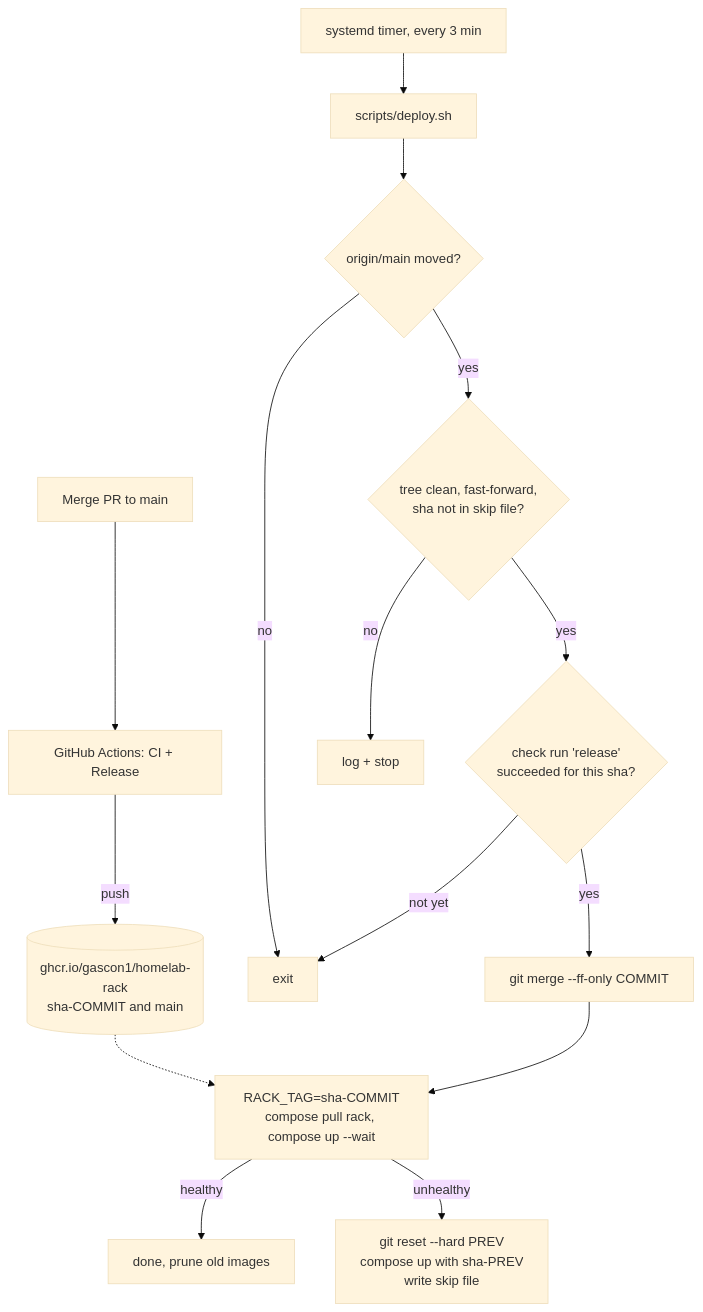
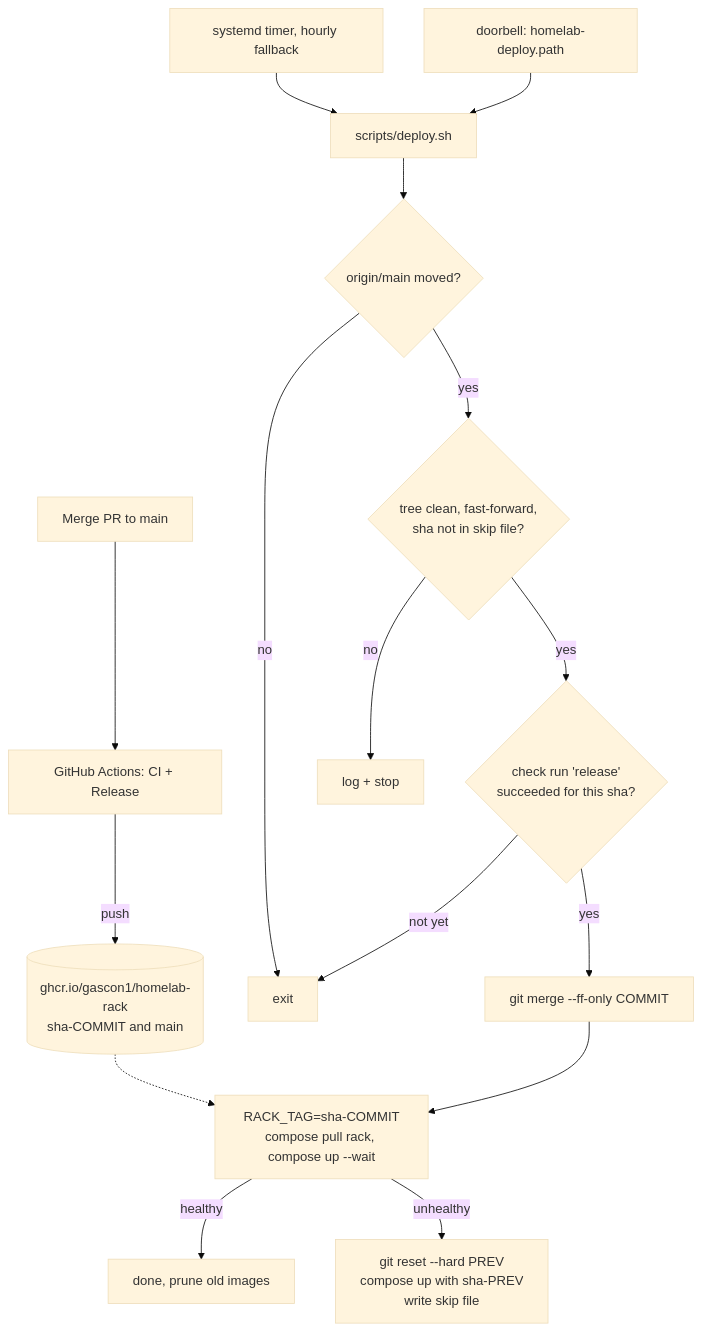
The first of 2 diagrams in docs/deploy.md (Gascon1/homelab), drawn with Mermaid (base theme) before and after one commit. The commit also changed other lines of this file and 17 other files, not shown here.

First line of the commit message:
feat(deploy): push trigger ("doorbell") with hourly fallback

````diff
--- a/docs/deploy.md
+++ b/docs/deploy.md
@@ -9,17 +11,18 @@
 ```mermaid
 flowchart TD
     PR[Merge PR to main] --> CI[GitHub Actions: CI + Release]
     CI -->|push| GHCR[(ghcr.io/gascon1/homelab-rack<br/>sha-COMMIT and main)]
-    T[systemd timer, every 3 min] --> D[scripts/deploy.sh]
+    T[systemd timer, hourly fallback] --> D[scripts/deploy.sh]
+    B[doorbell: homelab-deploy.path] --> D
     D --> F{origin/main moved?}
     F -- no --> Z[exit]
     F -- yes --> S{tree clean, fast-forward,<br/>sha not in skip file?}
     S -- no --> R1[log + stop]
     S -- yes --> G{check run 'release'<br/>succeeded for this sha?}
     G -- not yet --> Z
     G -- yes --> M[git merge --ff-only COMMIT]
     M --> P[RACK_TAG=sha-COMMIT<br/>compose pull rack, compose up --wait]
     GHCR -.-> P
     P -- healthy --> OK[done, prune old images]
     P -- unhealthy --> RB[git reset --hard PREV<br/>compose up with sha-PREV<br/>write skip file]
 ```
````
